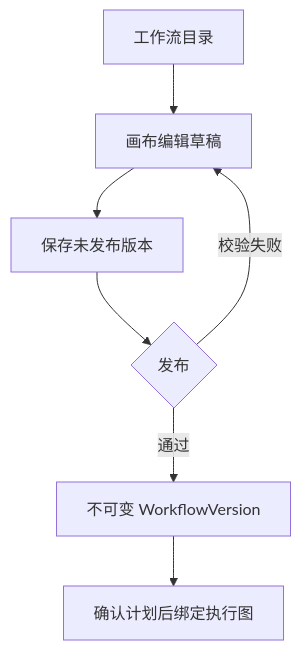
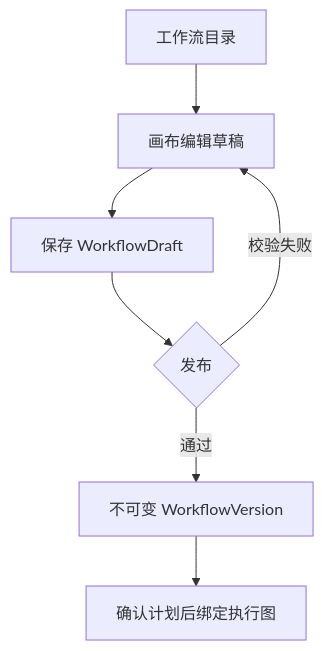
Before and after one commit to nicechencs/workforce: the seventh of 10 diagrams in docs/product-ui/02-core-user-flows.md, drawn with Mermaid. The commit also changed other lines of this file and 29 other files, not shown here.

First line of the commit message:
docs: align D15-D18 contracts, flows, and docs checks

````diff
--- a/docs/product-ui/02-core-user-flows.md
+++ b/docs/product-ui/02-core-user-flows.md
@@ -121,9 +162,9 @@
 ```mermaid
 flowchart TD
   List[工作流目录] --> Edit[画布编辑草稿]
-  Edit --> Save[保存未发布版本]
+  Edit --> Save[保存 WorkflowDraft]
   Save --> Publish{发布}
   Publish -->|校验失败| Edit
   Publish -->|通过| Frozen[不可变 WorkflowVersion]
   Frozen --> Bind[确认计划后绑定执行图]
 ```
````
